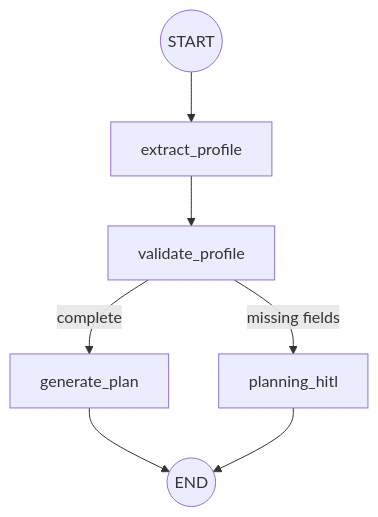
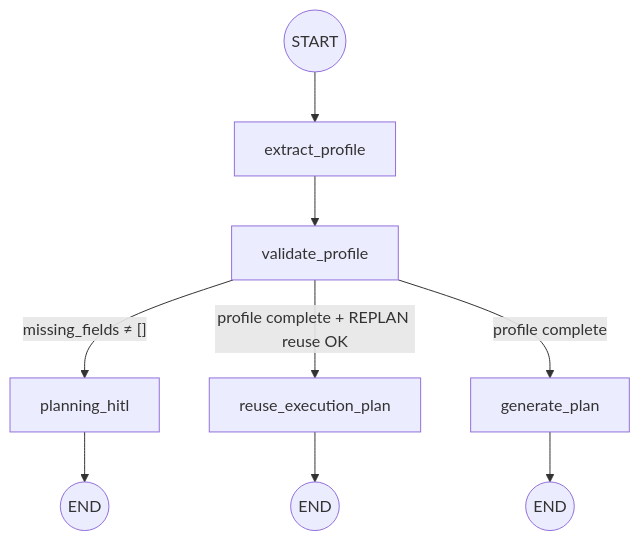
One commit to hoanhoang-agilityio/Assistant-Learning changed the second of 2 diagrams in src/docs/agents/planning-subgraph.md. Above: the diagram before and after it, drawn with Mermaid. The commit also changed other lines of this file and 1 other file, not shown here.

Commit message:
docs: document GoalSpec planning templates and local KB research flow

````diff
--- a/src/docs/agents/planning-subgraph.md
+++ b/src/docs/agents/planning-subgraph.md
@@ -32,9 +104,13 @@
 ```mermaid
 flowchart TD
     START((START)) --> extract_profile
     extract_profile --> validate_profile
-    validate_profile -->|missing fields| planning_hitl
-    validate_profile -->|complete| generate_plan
-    generate_plan --> END((END))
-    planning_hitl --> END
+
+    validate_profile -->|"missing_fields ≠ []"| planning_hitl
+    validate_profile -->|"profile complete + REPLAN reuse OK"| reuse_execution_plan
+    validate_profile -->|"profile complete"| generate_plan
+
+    planning_hitl --> END1((END))
+    reuse_execution_plan --> END2((END))
+    generate_plan --> END3((END))
 ```
````
